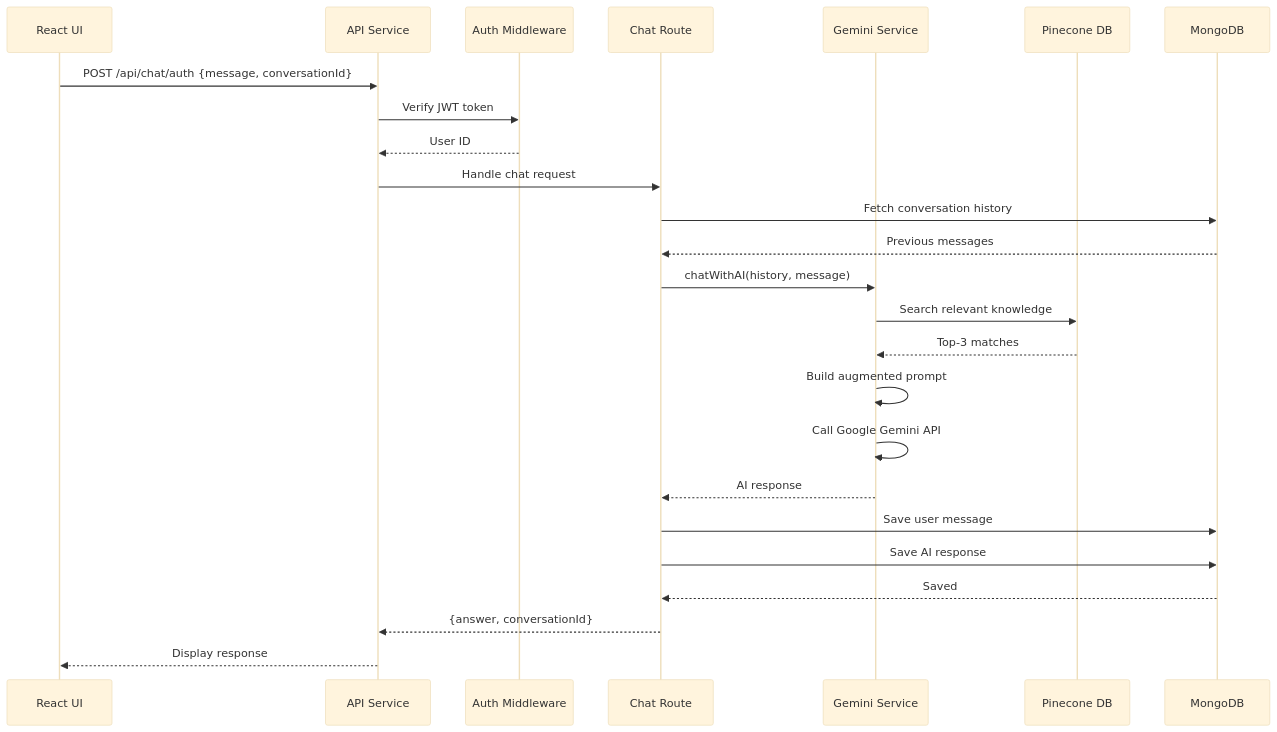
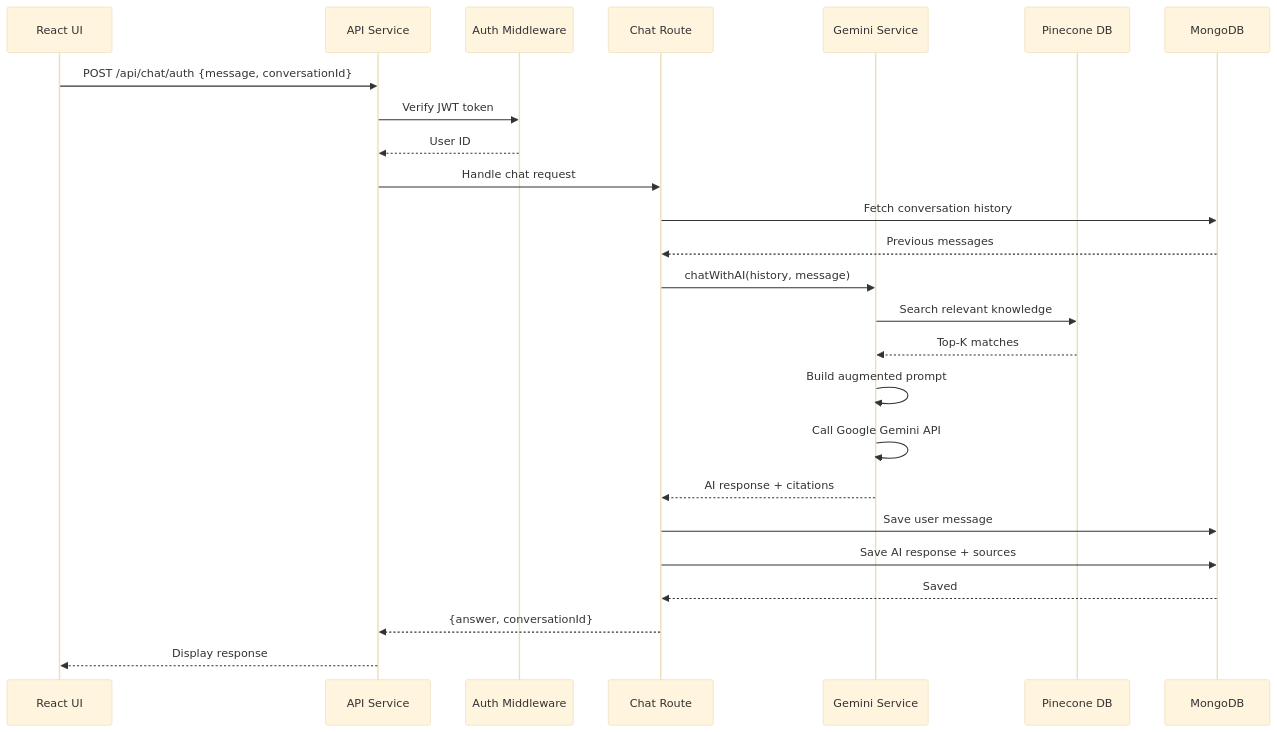
Before and after one commit to hoangsonww/AI-RAG-Assistant-Chatbot: diagram 15 of 30 in ARCHITECTURE.md, drawn with Mermaid (base theme). The commit also changed other lines of this file and 30 other files, not shown here.

````diff
--- a/ARCHITECTURE.md
+++ b/ARCHITECTURE.md
@@ -639,32 +639,32 @@
 ```mermaid
 sequenceDiagram
     participant UI as React UI
     participant API as API Service
     participant Auth as Auth Middleware
     participant Chat as Chat Route
     participant Gemini as Gemini Service
     participant Pinecone as Pinecone DB
     participant Mongo as MongoDB
 
     UI->>API: POST /api/chat/auth {message, conversationId}
     API->>Auth: Verify JWT token
     Auth-->>API: User ID
 
     API->>Chat: Handle chat request
     Chat->>Mongo: Fetch conversation history
     Mongo-->>Chat: Previous messages
 
     Chat->>Gemini: chatWithAI(history, message)
     Gemini->>Pinecone: Search relevant knowledge
-    Pinecone-->>Gemini: Top-3 matches
+    Pinecone-->>Gemini: Top-K matches
     Gemini->>Gemini: Build augmented prompt
     Gemini->>Gemini: Call Google Gemini API
-    Gemini-->>Chat: AI response
+    Gemini-->>Chat: AI response + citations
 
     Chat->>Mongo: Save user message
-    Chat->>Mongo: Save AI response
+    Chat->>Mongo: Save AI response + sources
     Mongo-->>Chat: Saved
 
     Chat-->>API: {answer, conversationId}
     API-->>UI: Display response
 ```
````
